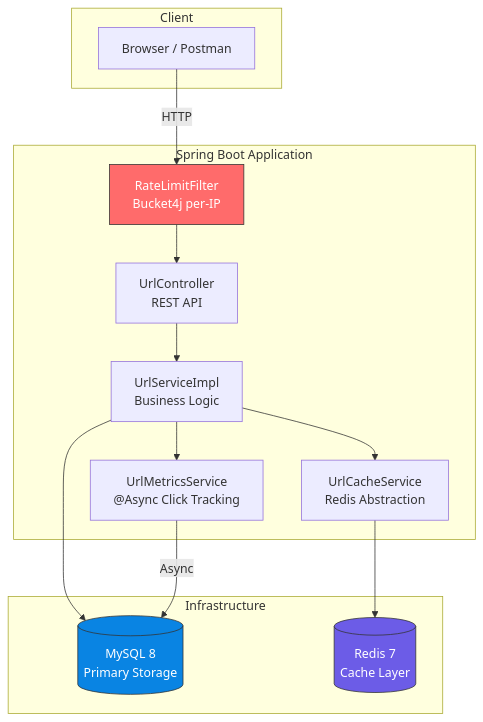
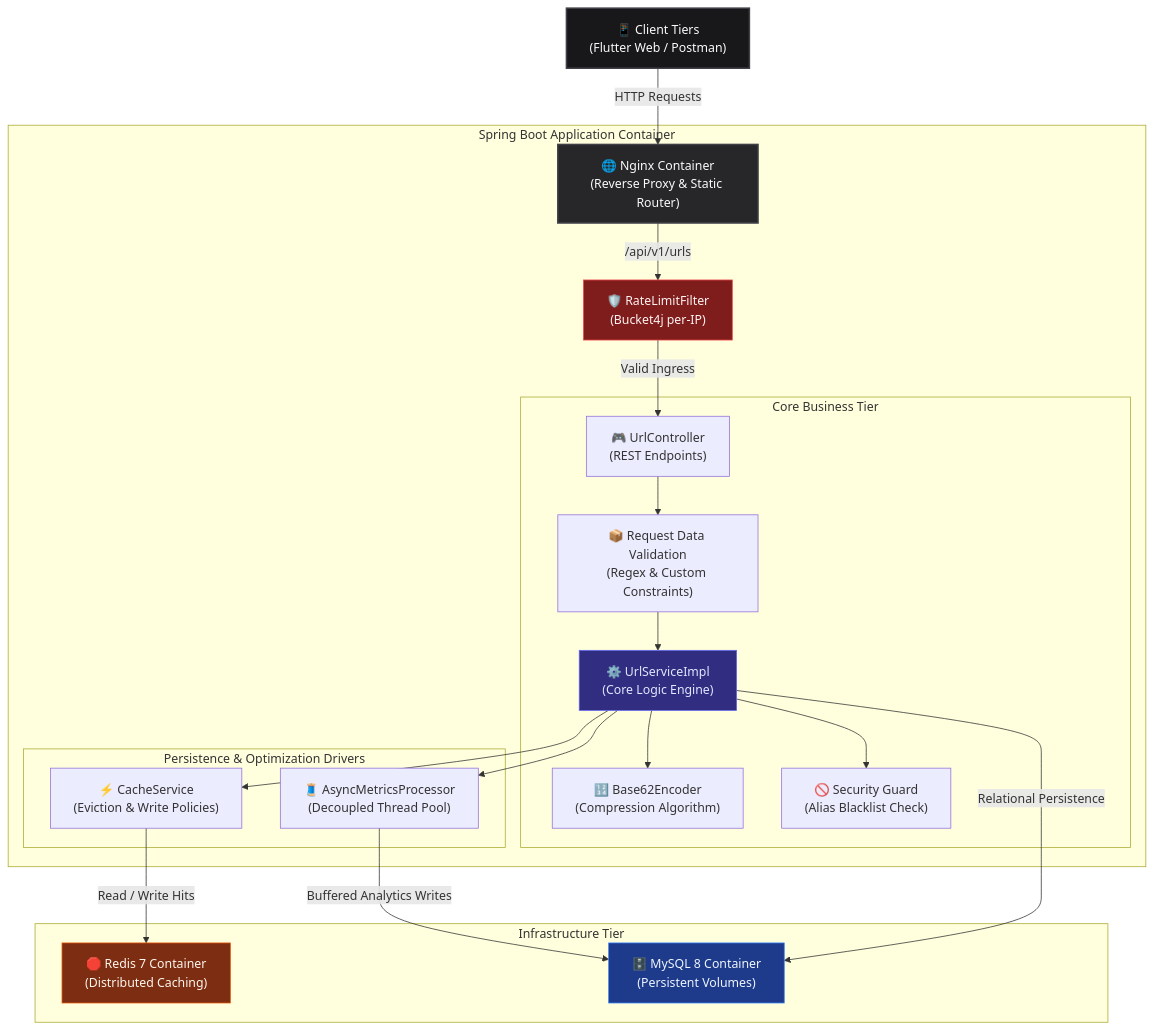
Before and after one commit to khushi-jaiswal0512/Url-shortner: the first of 3 diagrams in README.md, drawn with Mermaid.

Commit message:
docs: Update architecture mermaid diagram with fully quoted nodes

````diff
--- a/README.md
+++ b/README.md
@@ -11,32 +11,36 @@
 ```mermaid
-graph TB
-    subgraph Client
-        A[Browser / Postman]
+graph TD
+    %% Client Layer Ingress
+    Client["📱 Client Tiers<br/>(Flutter Web / Postman)"] -->|HTTP Requests| Nginx["🌐 Nginx Container<br/>(Reverse Proxy & Static Router)"]
+
+    subgraph "Spring Boot Application Container"
+        Nginx -->|"/api/v1/urls"| Filter["🛡️ RateLimitFilter<br/>(Bucket4j per-IP)"]
+        Filter -->|Valid Ingress| Controller["🎮 UrlController<br/>(REST Endpoints)"]
+        
+        subgraph "Core Business Tier"
+            Controller --> DTO["📦 Request Data Validation<br/>(Regex & Custom Constraints)"]
+            DTO --> Service["⚙️ UrlServiceImpl<br/>(Core Logic Engine)"]
+            Service --> Encoder["🔢 Base62Encoder<br/>(Compression Algorithm)"]
+            Service --> Blacklist["🚫 Security Guard<br/>(Alias Blacklist Check)"]
+        end
+
+        subgraph "Persistence & Optimization Drivers"
+            Service --> CacheService["⚡ CacheService<br/>(Eviction & Write Policies)"]
+            Service --> AsyncMetrics["🧵 AsyncMetricsProcessor<br/>(Decoupled Thread Pool)"]
+        end
     end
 
-    subgraph "Spring Boot Application"
-        B["RateLimitFilter<br/>Bucket4j per-IP"]
-        C["UrlController<br/>REST API"]
-        D["UrlServiceImpl<br/>Business Logic"]
-        E["UrlMetricsService<br/>@Async Click Tracking"]
-        F["UrlCacheService<br/>Redis Abstraction"]
+    subgraph "Infrastructure Tier"
+        CacheService -->|Read / Write Hits| Redis["🛑 Redis 7 Container<br/>(Distributed Caching)"]
+        Service -->|Relational Persistence| MySQL["🗄️ MySQL 8 Container<br/>(Persistent Volumes)"]
+        AsyncMetrics -->|Buffered Analytics Writes| MySQL
     end
 
-    subgraph Infrastructure
-        G[("MySQL 8<br/>Primary Storage")]
-        H[("Redis 7<br/>Cache Layer")]
-    end
-
-    A -->|HTTP| B
-    B --> C
-    C --> D
-    D --> F
-    D --> E
-    F --> H
-    D --> G
-    E -->|Async| G
-
-    style B fill:#ff6b6b,stroke:#333,color:#fff
-    style H fill:#6c5ce7,stroke:#333,color:#fff
-    style G fill:#0984e3,stroke:#333,color:#fff
+    %% Visual styling overrides for node clarity
+    style Client fill:#18181b,stroke:#3f3f46,stroke-width:2px,color:#fafafa
+    style Nginx fill:#27272a,stroke:#3f3f46,stroke-width:2px,color:#fafafa
+    style Filter fill:#7f1d1d,stroke:#ef4444,stroke-width:1px,color:#fef2f2
+    style Redis fill:#7c2d12,stroke:#ea580c,stroke-width:1px,color:#fff7ed
+    style MySQL fill:#1e3a8a,stroke:#3b82f6,stroke-width:1px,color:#eff6ff
+    style Service fill:#312e81,stroke:#6366f1,stroke-width:1px,color:#e0e7ff
 ```
````
